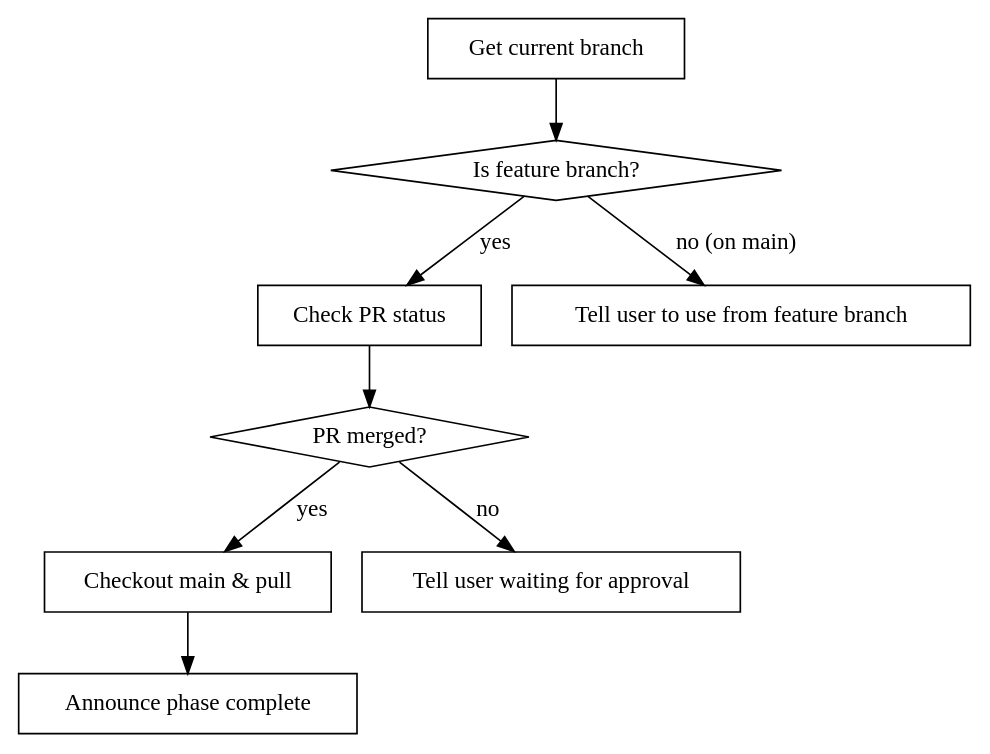
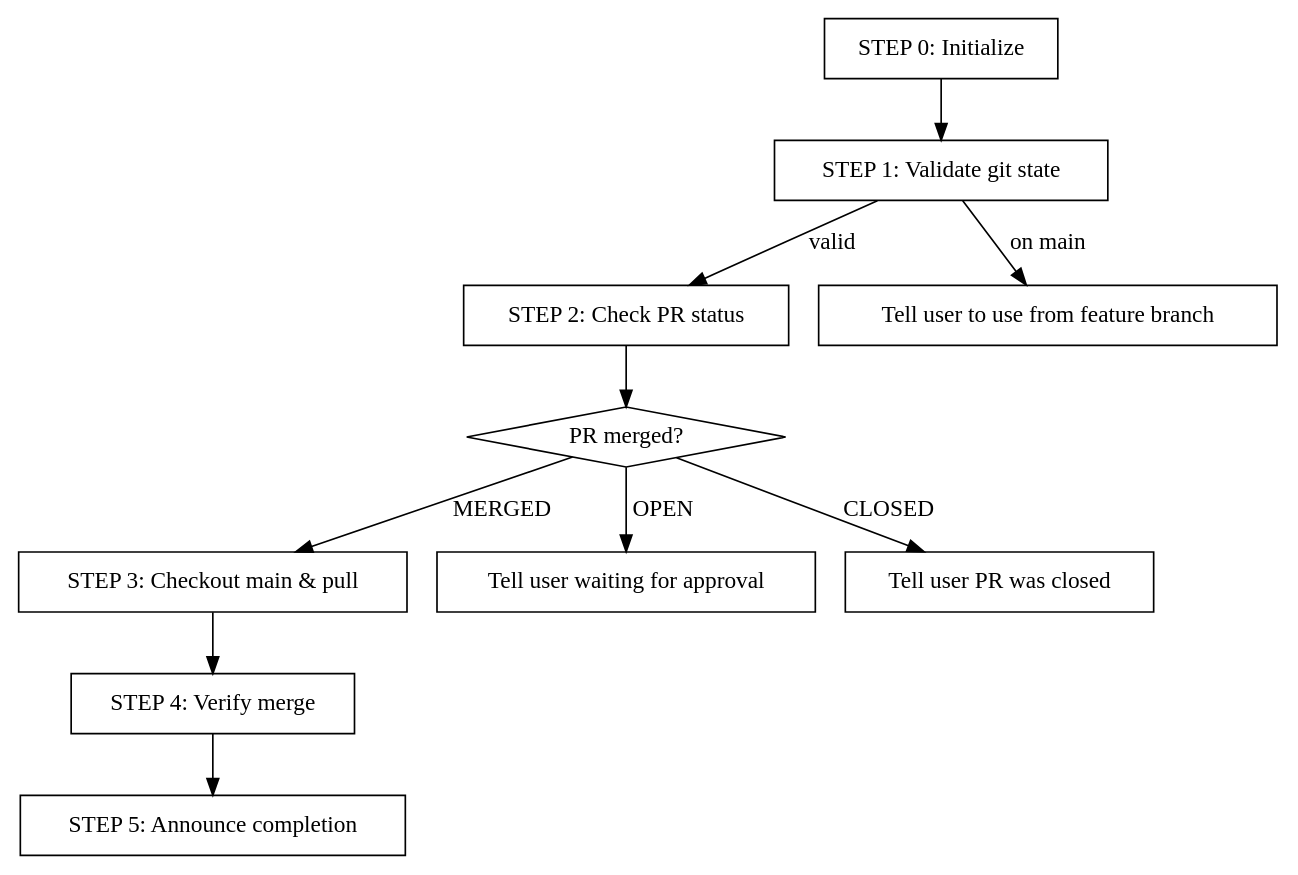
One commit to LounisBou/claude-code changed the diagram in skills/plan-end-phase/SKILL.md. Above: the diagram before and after it, drawn with Graphviz. The commit also changed other lines of this file, not shown here.

First line of the commit message:
fix: address all code quality review feedback for plan:end-phase

````diff
--- a/skills/plan-end-phase/SKILL.md
+++ b/skills/plan-end-phase/SKILL.md
@@ -17,20 +17,24 @@
 ```dot
 digraph end_phase {
-    "Get current branch" [shape=box];
-    "Is feature branch?" [shape=diamond];
-    "Check PR status" [shape=box];
+    "STEP 0: Initialize" [shape=box];
+    "STEP 1: Validate git state" [shape=box];
+    "STEP 2: Check PR status" [shape=box];
     "PR merged?" [shape=diamond];
-    "Checkout main & pull" [shape=box];
-    "Announce phase complete" [shape=box];
+    "STEP 3: Checkout main & pull" [shape=box];
+    "STEP 4: Verify merge" [shape=box];
+    "STEP 5: Announce completion" [shape=box];
     "Tell user waiting for approval" [shape=box];
+    "Tell user PR was closed" [shape=box];
     "Tell user to use from feature branch" [shape=box];
 
-    "Get current branch" -> "Is feature branch?";
-    "Is feature branch?" -> "Check PR status" [label="yes"];
-    "Is feature branch?" -> "Tell user to use from feature branch" [label="no (on main)"];
-    "Check PR status" -> "PR merged?";
-    "PR merged?" -> "Checkout main & pull" [label="yes"];
-    "PR merged?" -> "Tell user waiting for approval" [label="no"];
-    "Checkout main & pull" -> "Announce phase complete";
+    "STEP 0: Initialize" -> "STEP 1: Validate git state";
+    "STEP 1: Validate git state" -> "STEP 2: Check PR status" [label="valid"];
+    "STEP 1: Validate git state" -> "Tell user to use from feature branch" [label="on main"];
+    "STEP 2: Check PR status" -> "PR merged?";
+    "PR merged?" -> "STEP 3: Checkout main & pull" [label="MERGED"];
+    "PR merged?" -> "Tell user waiting for approval" [label="OPEN"];
+    "PR merged?" -> "Tell user PR was closed" [label="CLOSED"];
+    "STEP 3: Checkout main & pull" -> "STEP 4: Verify merge";
+    "STEP 4: Verify merge" -> "STEP 5: Announce completion";
 }
 ```
````
